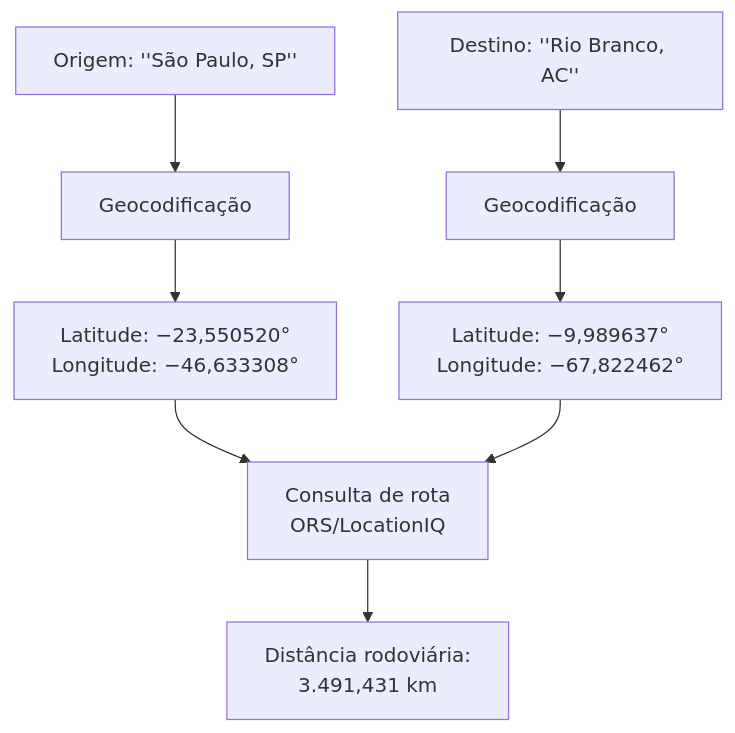
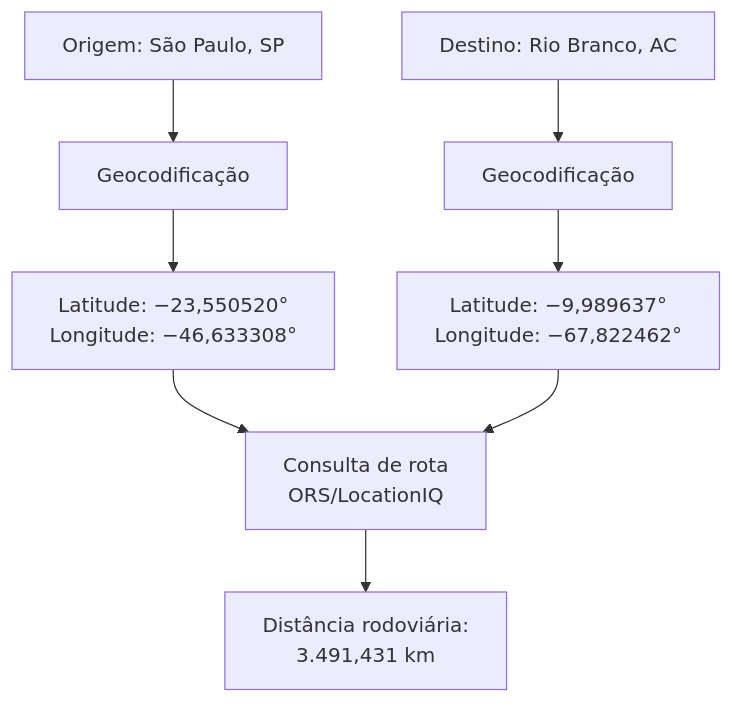
One commit to pennylanesccp/cabotage-lens changed the third of 7 diagrams in docs/tf_technical_article_draft.md. Above: the diagram before and after it, drawn with Mermaid. The commit also changed other lines of this file, not shown here.

````diff
--- a/docs/tf_technical_article_draft.md
+++ b/docs/tf_technical_article_draft.md
@@ -568,8 +581,8 @@
 ```mermaid
 flowchart TB
-    A["Origem: ''São Paulo, SP''"] --> R["Geocodificação"]
-    B["Destino: ''Rio Branco, AC''"] --> S["Geocodificação"]
+    A["Origem: São Paulo, SP"] --> R["Geocodificação"]
+    B["Destino: Rio Branco, AC"] --> S["Geocodificação"]
     R --> C["Latitude: −23,550520°<br/>Longitude: −46,633308°"] --> T["Consulta de rota<br/>ORS/LocationIQ"]
     S --> D["Latitude: −9,989637°<br/>Longitude: −67,822462°"] --> T
     T --> E["Distância rodoviária:<br/>3.491,431 km"]
 ```
````
